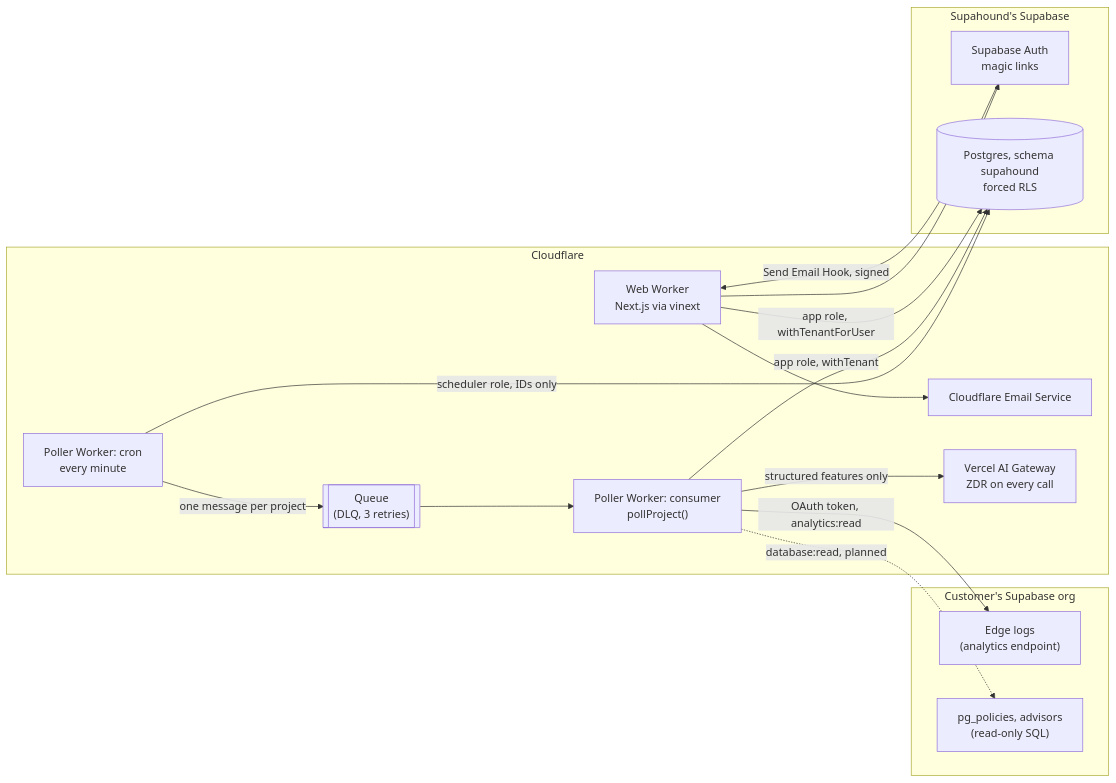
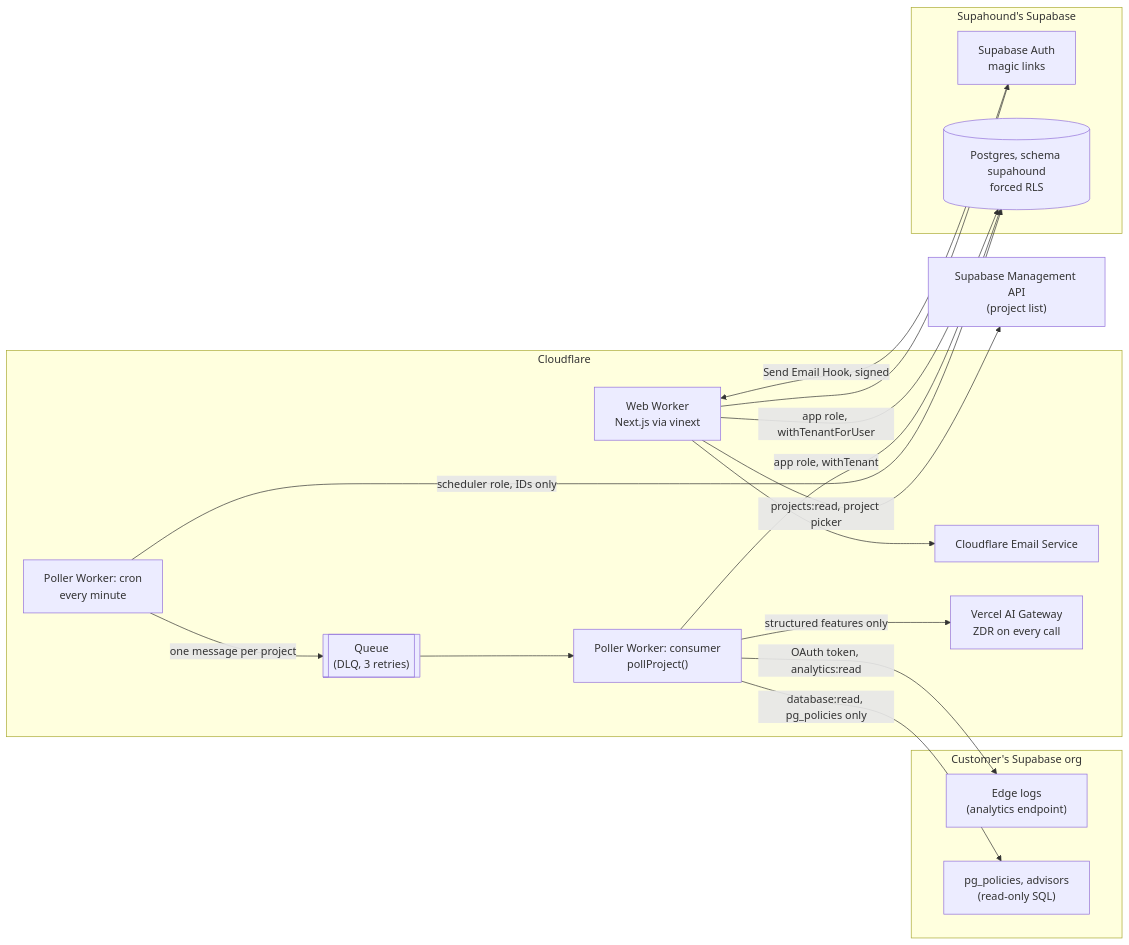
Before and after one commit to FlywheelStudio/supahound: the diagram in docs/ARCHITECTURE.md, drawn with Mermaid. The commit also changed other lines of this file and 9 other files, not shown here.

First line of the commit message:
docs: sync test counts, architecture, state, roadmap and WIP docs with develop

````diff
--- a/docs/ARCHITECTURE.md
+++ b/docs/ARCHITECTURE.md
@@ -15,30 +15,31 @@
 ```mermaid
 flowchart LR
   subgraph Customer["Customer's Supabase org"]
     LOGS["Edge logs<br/>(analytics endpoint)"]
     CAT["pg_policies, advisors<br/>(read-only SQL)"]
   end
 
   subgraph CF["Cloudflare"]
     CRON["Poller Worker: cron<br/>every minute"] -->|one message per project| Q[["Queue<br/>(DLQ, 3 retries)"]]
     Q --> CONS["Poller Worker: consumer<br/>pollProject()"]
     WEB["Web Worker<br/>Next.js via vinext"]
     EMAIL["Cloudflare Email Service"]
     GW["Vercel AI Gateway<br/>ZDR on every call"]
   end
 
   subgraph SB["Supahound's Supabase"]
     AUTH["Supabase Auth<br/>magic links"]
     PG[("Postgres, schema supahound<br/>forced RLS")]
   end
 
   CONS -->|OAuth token, analytics:read| LOGS
-  CONS -.->|database:read, planned| CAT
+  CONS -->|database:read, pg_policies only| CAT
+  WEB -->|projects:read, project picker| MGMT["Supabase Management API<br/>(project list)"]
   CONS -->|structured features only| GW
   CRON -->|scheduler role, IDs only| PG
   CONS -->|app role, withTenant| PG
   WEB -->|app role, withTenantForUser| PG
   WEB --> AUTH
   AUTH -->|Send Email Hook, signed| WEB
   WEB --> EMAIL
 ```
````
